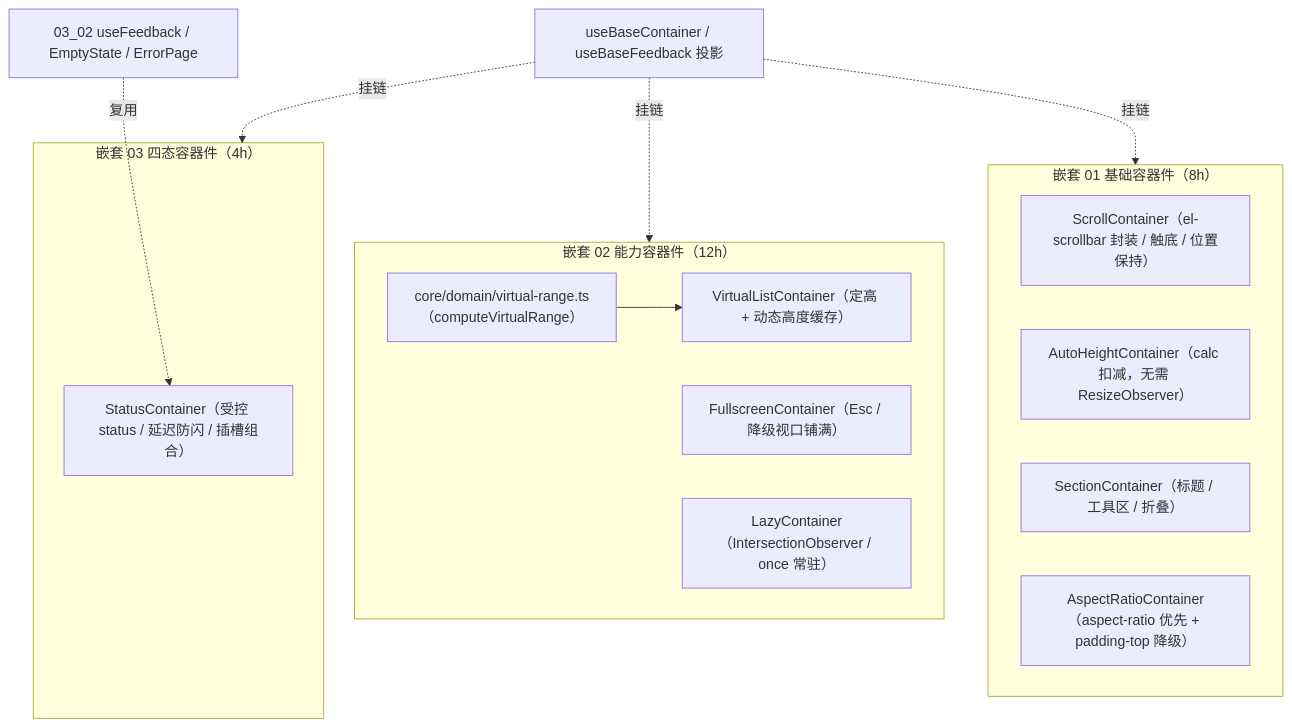
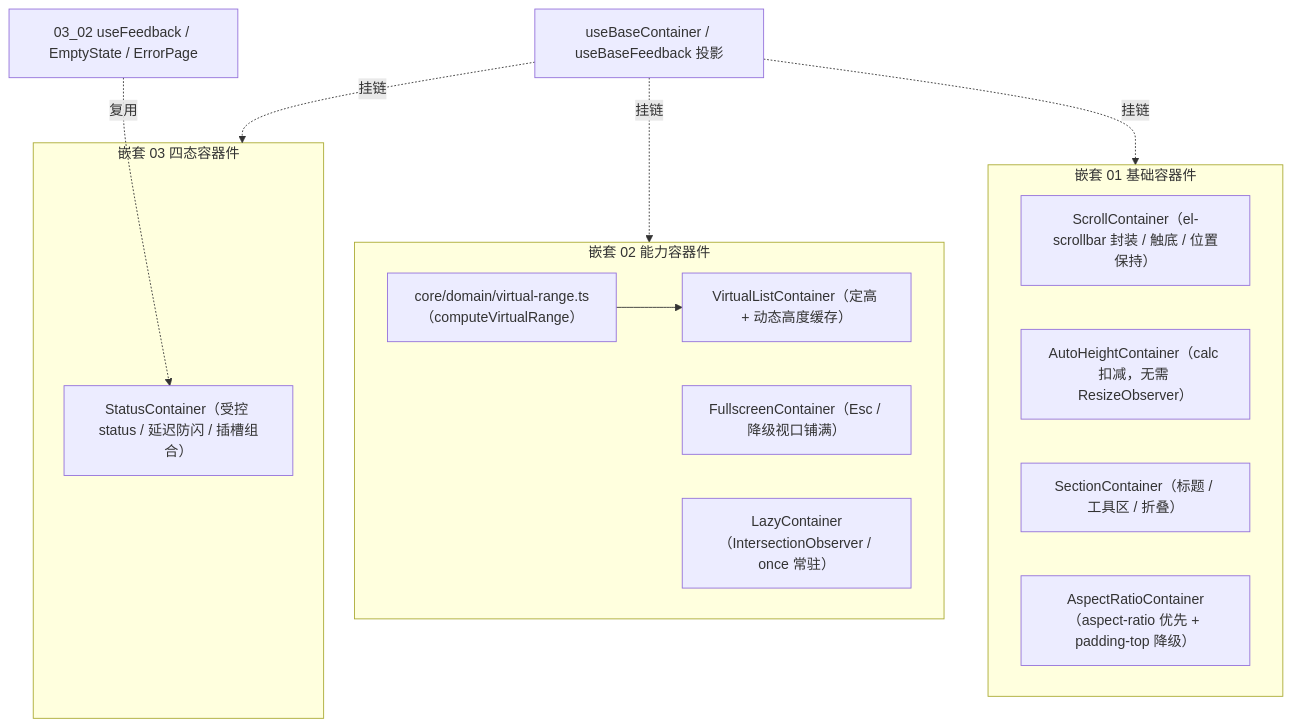
One commit to minjian123/basic-management-system changed the diagram in bms文档/项目/04_前端组件库/任务/04_容器组件类/04_容器组件类_01_通用容器/实施/01_实施_01_通用容器.md. Above: the diagram before and after it, drawn with Mermaid. The commit also changed other lines of this file and 641 other files, not shown here.

````diff
--- a/bms文档/项目/04_前端组件库/任务/04_容器组件类/04_容器组件类_01_通用容器/实施/01_实施_01_通用容器.md
+++ b/bms文档/项目/04_前端组件库/任务/04_容器组件类/04_容器组件类_01_通用容器/实施/01_实施_01_通用容器.md
@@ -22,23 +22,23 @@
 ```mermaid
 flowchart TB
-    subgraph N1["嵌套 01 基础容器件（8h）"]
+ subgraph N1["嵌套 01 基础容器件"]
         A1["ScrollContainer（el-scrollbar 封装 / 触底 / 位置保持）"]
         A2["AutoHeightContainer（calc 扣减，无需 ResizeObserver）"]
         A3["SectionContainer（标题 / 工具区 / 折叠）"]
         A4["AspectRatioContainer（aspect-ratio 优先 + padding-top 降级）"]
     end
-    subgraph N2["嵌套 02 能力容器件（12h）"]
+ subgraph N2["嵌套 02 能力容器件"]
         B0["core/domain/virtual-range.ts（computeVirtualRange）"]
         B1["FullscreenContainer（Esc / 降级视口铺满）"]
         B2["LazyContainer（IntersectionObserver / once 常驻）"]
         B3["VirtualListContainer（定高 + 动态高度缓存）"]
     end
-    subgraph N3["嵌套 03 四态容器件（4h）"]
+ subgraph N3["嵌套 03 四态容器件"]
         C1["StatusContainer（受控 status / 延迟防闪 / 插槽组合）"]
     end
     B0 --> B3
     D["03_02 useFeedback / EmptyState / ErrorPage"] -.复用.-> C1
     E["useBaseContainer / useBaseFeedback 投影"] -.挂链.-> N1
     E -.挂链.-> N2
     E -.挂链.-> N3
 ```
````
